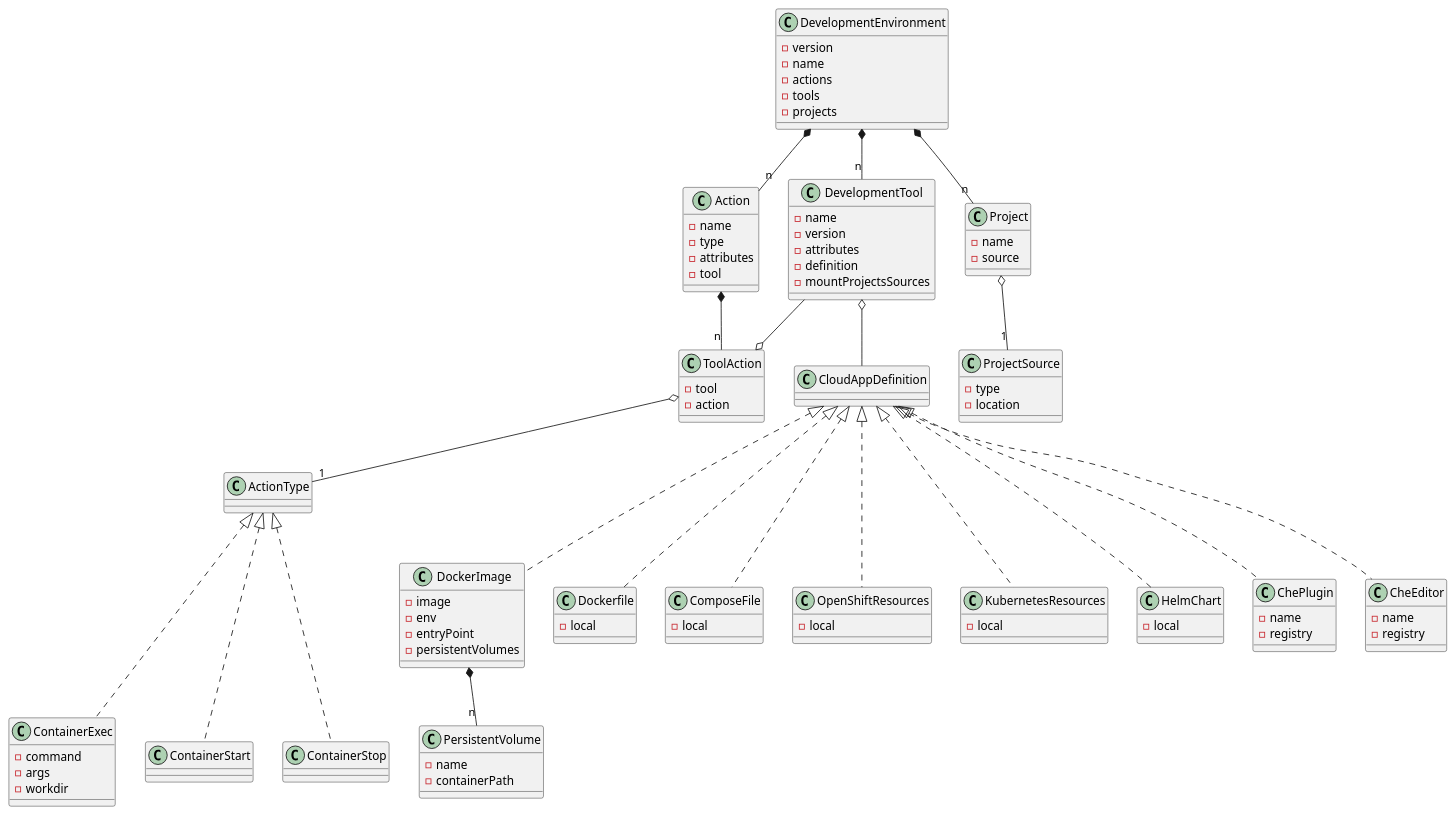
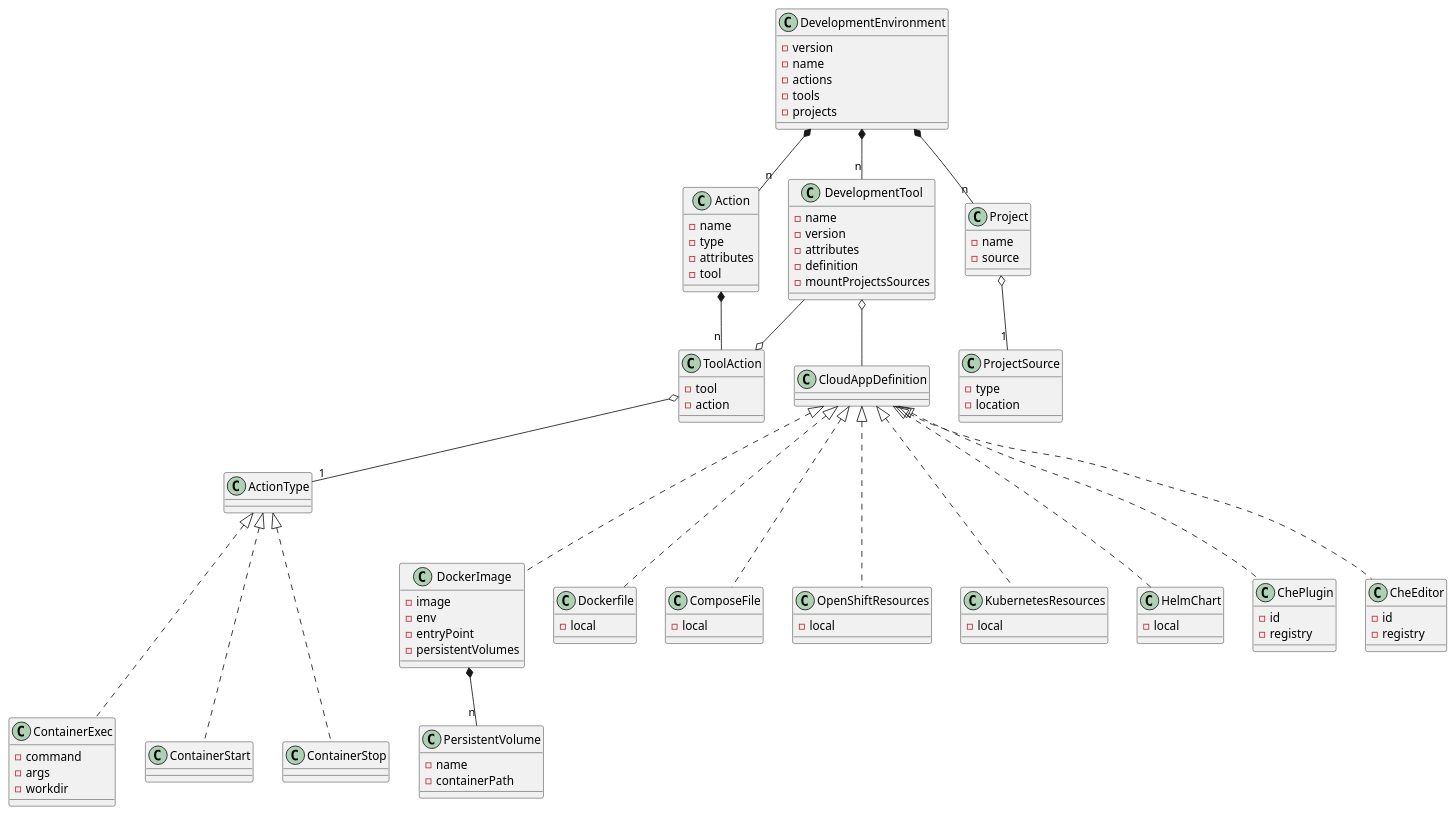
The diagram in devfile.plantuml (redhat-developer/devfile), drawn with PlantUML before and after one commit. The commit also changed 1 other file, not shown here.

```diff
--- a/devfile.plantuml
+++ b/devfile.plantuml
@@ -1,134 +1,134 @@
 @startuml devfile
 
 class DevelopmentEnvironment {
   - version
   - name
   - actions
   - tools
   - projects
 }
 
 together {
   class DevelopmentTool
   class Action
   class Project
 }
 
 together {
   class ToolAction
   class CloudAppDefinition
 }
 
 DevelopmentEnvironment *-- "n" DevelopmentTool
 DevelopmentEnvironment *-- "n" Action
 DevelopmentEnvironment *-- "n" Project
 
 class DevelopmentTool {
     - name
     - version
     - attributes
     - definition
     - mountProjectsSources
 }
 
 DevelopmentTool o-- CloudAppDefinition
 
 CloudAppDefinition <|-.. DockerImage
 CloudAppDefinition <|-.. Dockerfile
 CloudAppDefinition <|-.. ComposeFile
 CloudAppDefinition <|-.. OpenShiftResources
 CloudAppDefinition <|-.. KubernetesResources
 CloudAppDefinition <|-.. HelmChart
 CloudAppDefinition <|-.. ChePlugin
 CloudAppDefinition <|-.. CheEditor
 
 class Action {
   - name
   - type
   - attributes
   - tool
 }
 
 Action *-- "n" ToolAction
 ToolAction o-- DevelopmentTool
 
 class ToolAction {
   - tool
   - action
 }
 
 ToolAction o-- "1" ActionType
 
 ActionType <|-..ContainerExec
 ActionType <|-..ContainerStart
 ActionType <|-..ContainerStop
 
 together {
   class ContainerExec
   class ContainerStart
   class ContainerStop
 }
 
 class ContainerExec {
   - command
   - args
   - workdir
 }
 
 class Project {
   - name
   - source
 }
 
 Project o-- "1" ProjectSource
 
 class ProjectSource {
   - type
   - location
 }
 
 class DockerImage {
   - image
   - env
   - entryPoint
   - persistentVolumes
 }
 
 DockerImage *-- "n" PersistentVolume
 
 class PersistentVolume {
   - name
   - containerPath
 }
 
 class ComposeFile {
   - local
 }
 
 class Dockerfile {
   - local
 }
 
 class OpenShiftResources {
   - local
 }
 
 class KubernetesResources {
   - local
 }
 
 class HelmChart {
   - local
 }
 
 class ChePlugin {
-  - name
+  - id
   - registry
 }
 
 class CheEditor {
-  - name
+  - id
   - registry
 }
 
 @enduml
```
